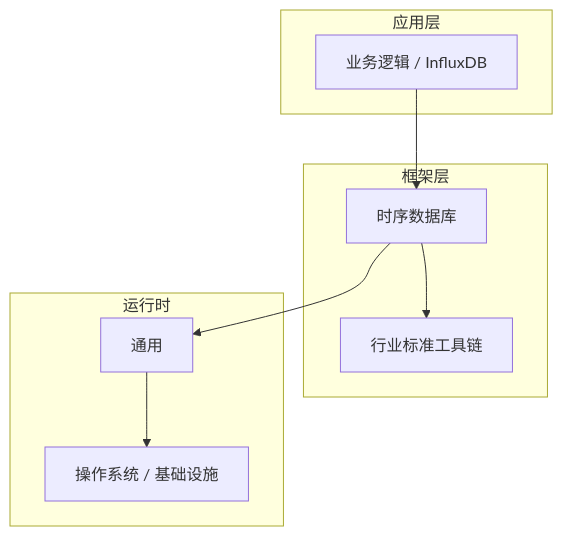
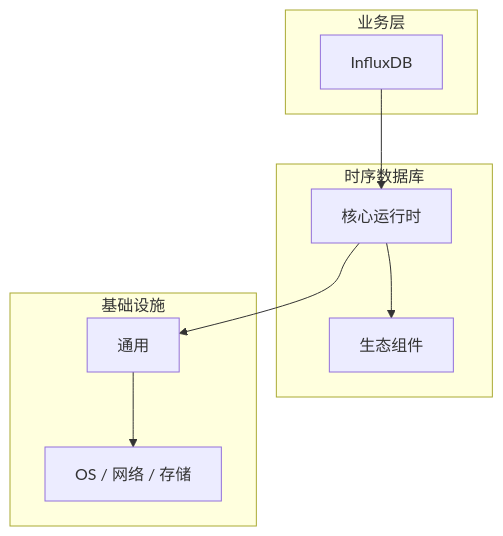
One commit to yanggan2015/knowledge-json-v2 changed the diagram in articles/时序数据库/chapters/007-InfluxDB核心概念与原理.md. Above: the diagram before and after it, drawn with Mermaid. The commit also changed other lines of this file and 10127 other files, not shown here.

````diff
--- a/articles/时序数据库/chapters/007-InfluxDB核心概念与原理.md
+++ b/articles/时序数据库/chapters/007-InfluxDB核心概念与原理.md
@@ -45,18 +34,18 @@
 ```mermaid
 graph TB
-    subgraph 应用层
-        A[业务逻辑 / InfluxDB]
+    subgraph 业务层
+        A[InfluxDB]
     end
-    subgraph 框架层
-        B[时序数据库]
-        C[行业标准工具链]
+    subgraph 时序数据库
+        B[核心运行时]
+        C[生态组件]
     end
-    subgraph 运行时
+    subgraph 基础设施
         D[通用]
-        E[操作系统 / 基础设施]
+        E[OS / 网络 / 存储]
     end
     A --> B
     B --> C
     B --> D
     D --> E
 ```
````
